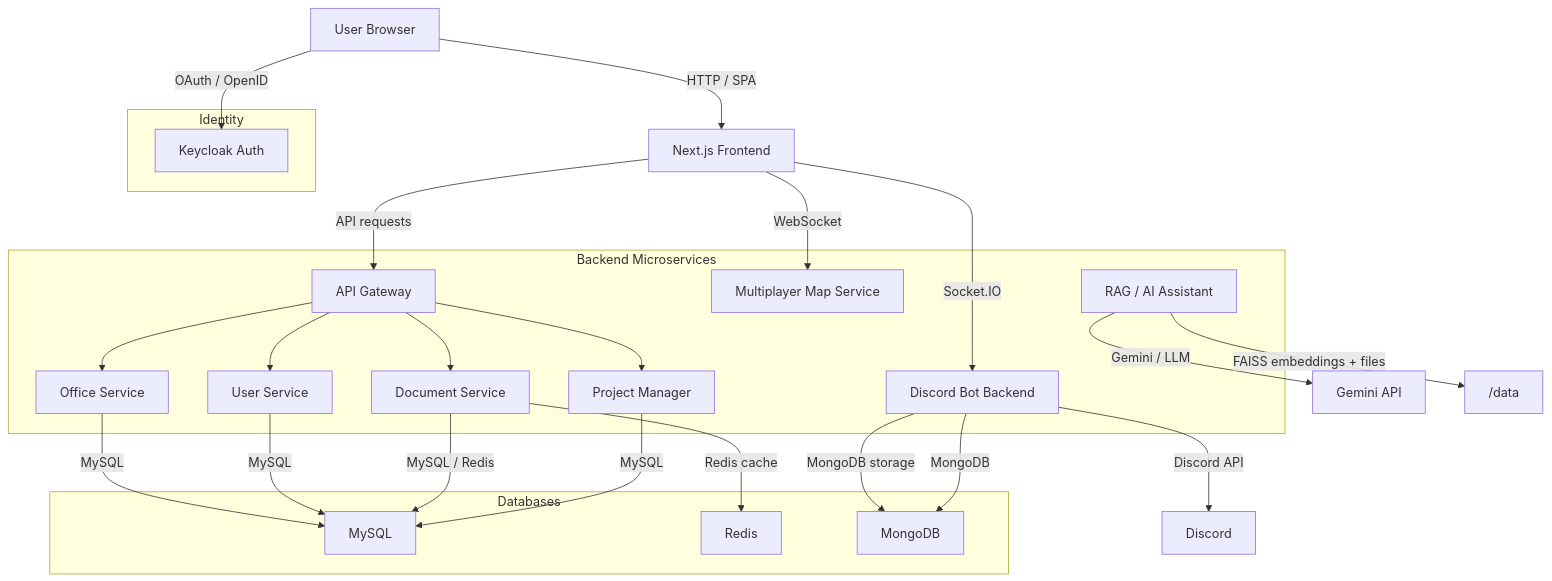
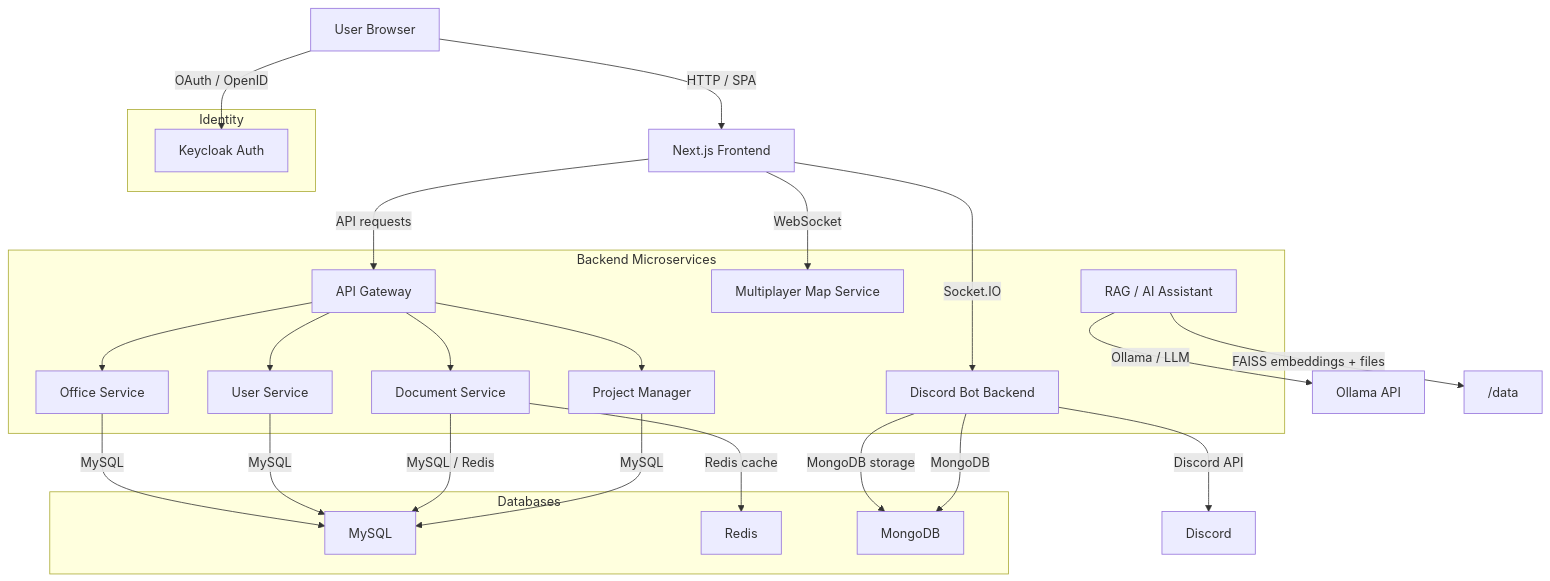
One commit to SaidurIUT/metahive_revamp changed the diagram in README.md. Above: the diagram before and after it, drawn with Mermaid. The commit also changed other lines of this file and 4 other files, not shown here.

Commit message:
[fix]: fixes on rag service, instead of gemini key ollama model is being used, fixed for running in docker container

````diff
--- a/README.md
+++ b/README.md
@@ -38,58 +38,58 @@
 ```mermaid
 flowchart TB
   Browser[User Browser]
   Frontend[Next.js Frontend]
   Keycloak[Keycloak Auth]
   APIGateway[API Gateway]
   OfficeService[Office Service]
   UserService[User Service]
   DocService[Document Service]
   ProjectManager[Project Manager]
   MapService[Multiplayer Map Service]
   DiscordBot[Discord Bot Backend]
   RAGService[RAG / AI Assistant]
   MySQL[MySQL]
   Redis[Redis]
   MongoDB[MongoDB]
 
   Browser -->|HTTP / SPA| Frontend
   Browser -->|OAuth / OpenID| Keycloak
   Frontend -->|API requests| APIGateway
   APIGateway --> OfficeService
   APIGateway --> UserService
   APIGateway --> DocService
   APIGateway --> ProjectManager
   Frontend -->|WebSocket| MapService
   Frontend -->|Socket.IO| DiscordBot
   DiscordBot -->|Discord API| Discord
   DiscordBot -->|MongoDB storage| MongoDB
-  RAGService -->|Gemini / LLM| ExternalAI[Gemini API]
+  RAGService -->|Ollama / LLM| ExternalAI[Ollama API]
   RAGService -->|FAISS embeddings + files| /data
   OfficeService -->|MySQL| MySQL
   UserService -->|MySQL| MySQL
   DocService -->|MySQL / Redis| MySQL
   ProjectManager -->|MySQL| MySQL
   DiscordBot -->|MongoDB| MongoDB
   DocService -->|Redis cache| Redis
 
   subgraph DataStores[Databases]
     MySQL
     Redis
     MongoDB
   end
 
   subgraph Auth[Identity]
     Keycloak
   end
 
   subgraph Backend[Backend Microservices]
     APIGateway
     OfficeService
     UserService
     DocService
     ProjectManager
     MapService
     DiscordBot
     RAGService
   end
 ```
````
